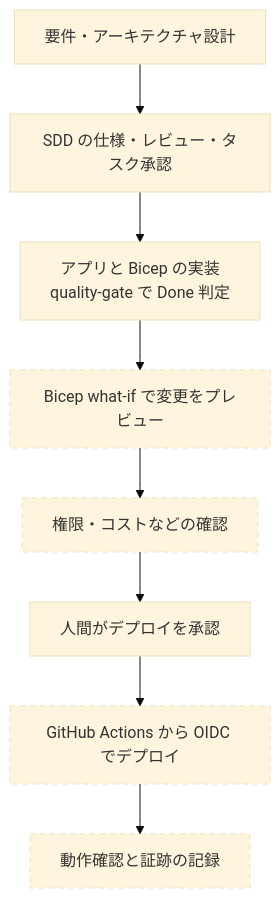
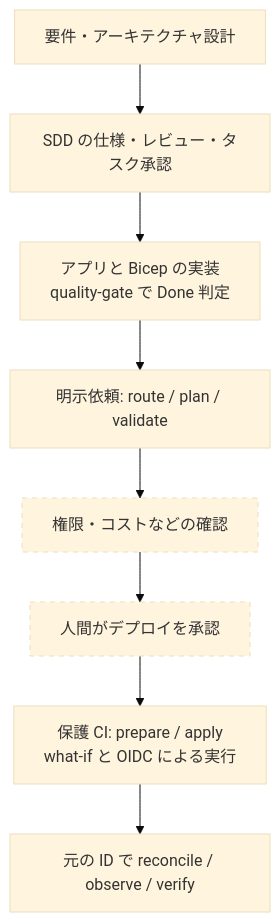
One commit to aharada54914/sdd-forge changed the diagram in docs/cloud/azure.md. Above: the diagram before and after it, drawn with Mermaid (base theme). The commit also changed other lines of this file and 206 other files, not shown here.

````diff
--- a/docs/cloud/azure.md
+++ b/docs/cloud/azure.md
@@ -17,13 +19,13 @@
 ```mermaid
 flowchart TD
     A["要件・アーキテクチャ設計"] --> B["SDD の仕様・レビュー・タスク承認"]
     B --> C["アプリと Bicep の実装<br/>quality-gate で Done 判定"]
-    C --> D["Bicep what-if で変更をプレビュー"]
+    C --> D["明示依頼: route / plan / validate"]
     D --> E["権限・コストなどの確認"]
     E --> F["人間がデプロイを承認"]
-    F --> G["GitHub Actions から OIDC でデプロイ"]
-    G --> H["動作確認と証跡の記録"]
+    F --> G["保護 CI: prepare / apply<br/>what-if と OIDC による実行"]
+    G --> H["元の ID で reconcile / observe / verify"]
 
     classDef external stroke-dasharray: 5 5
-    class D,E,G,H external
+    class E,F external
 ```
````
